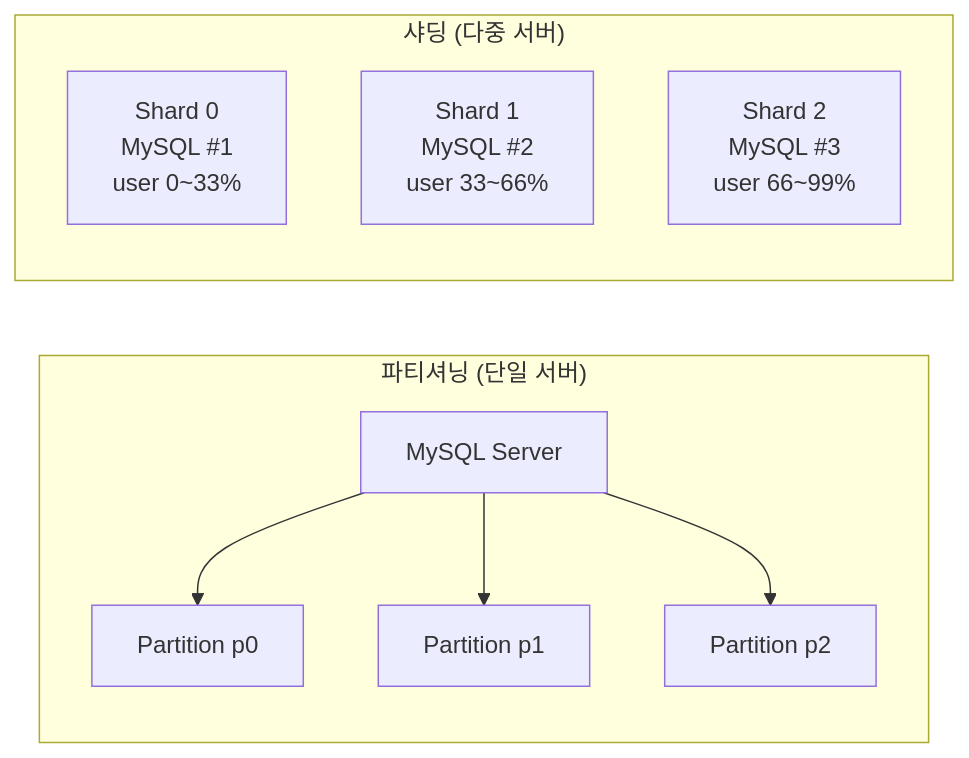
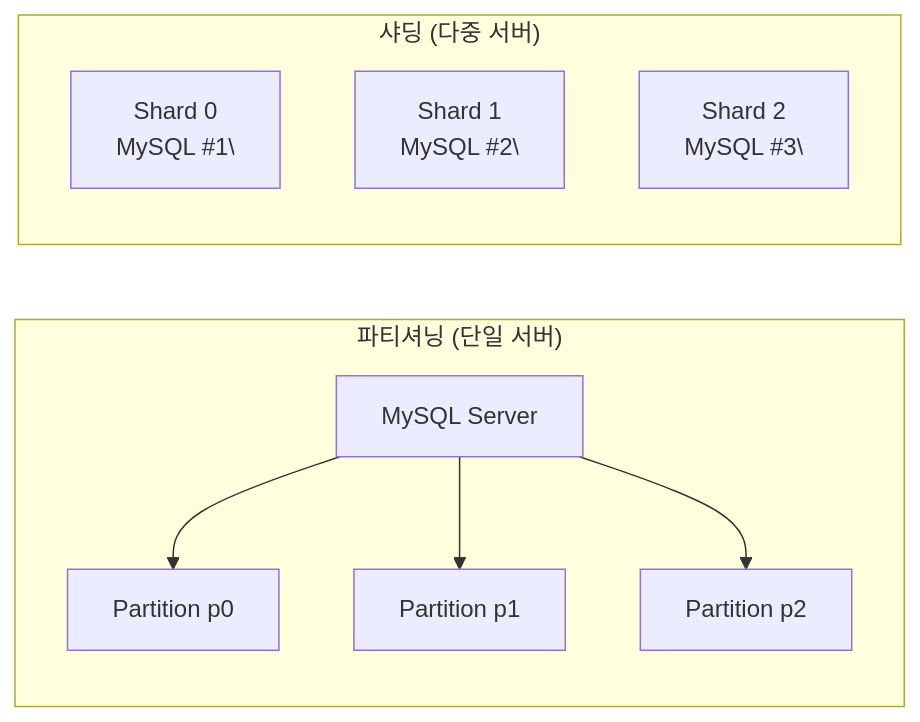
The first of 13 diagrams in _posts/db/2026-05-01-db-sharding.md (yjkim2015/yjkim2015.github.io), drawn with Mermaid before and after one commit. The commit also changed other lines of this file and 271 other files, not shown here.

First line of the commit message:
Mermaid 라벨 축소: 긴 노드 텍스트 18자 이하로 트림 + \n 제거

````diff
--- a/_posts/db/2026-05-01-db-sharding.md
+++ b/_posts/db/2026-05-01-db-sharding.md
@@ -20,14 +20,14 @@
 ```mermaid
 graph LR
     subgraph "파티셔닝 (단일 서버)"
         S["MySQL Server"]
         S --> P0["Partition p0"]
         S --> P1["Partition p1"]
         S --> P2["Partition p2"]
     end
     subgraph "샤딩 (다중 서버)"
-        SH0["Shard 0\nMySQL #1\nuser 0~33%"]
-        SH1["Shard 1\nMySQL #2\nuser 33~66%"]
-        SH2["Shard 2\nMySQL #3\nuser 66~99%"]
+        SH0["Shard 0\nMySQL #1\"]
+        SH1["Shard 1\nMySQL #2\"]
+        SH2["Shard 2\nMySQL #3\"]
     end
 ```
````
